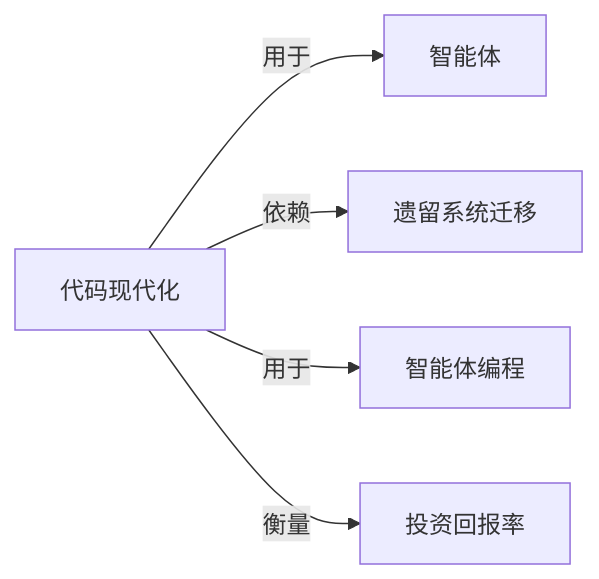
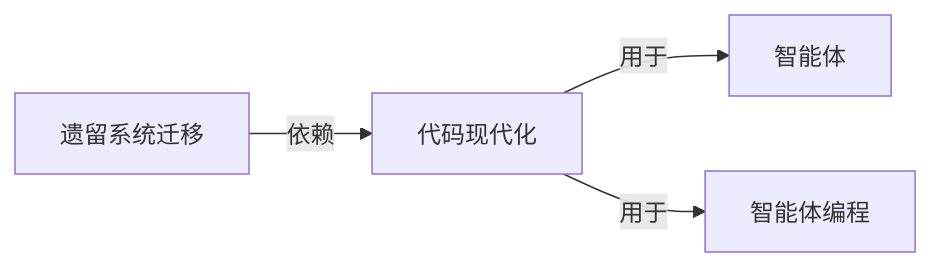
The diagram in wiki/代码现代化.md (yibie/claude-best-practices-zh), drawn with Mermaid before and after one commit. The commit also changed other lines of this file and 407 other files, not shown here.

Commit message:
feat: DeepSeek 三遍审校（译文/关系/图谱）+ 可部署静态站点

````diff
--- a/wiki/代码现代化.md
+++ b/wiki/代码现代化.md
@@ -46,8 +46,7 @@
 ```mermaid
 graph LR
   C["代码现代化"]
   C -->|用于| N0["智能体"]
-  C -->|依赖| N1["遗留系统迁移"]
-  C -->|用于| N2["智能体编程"]
-  C -->|衡量| N3["投资回报率"]
+  C -->|用于| N1["智能体编程"]
+  N2["遗留系统迁移"] -->|依赖| C
 ```
````
